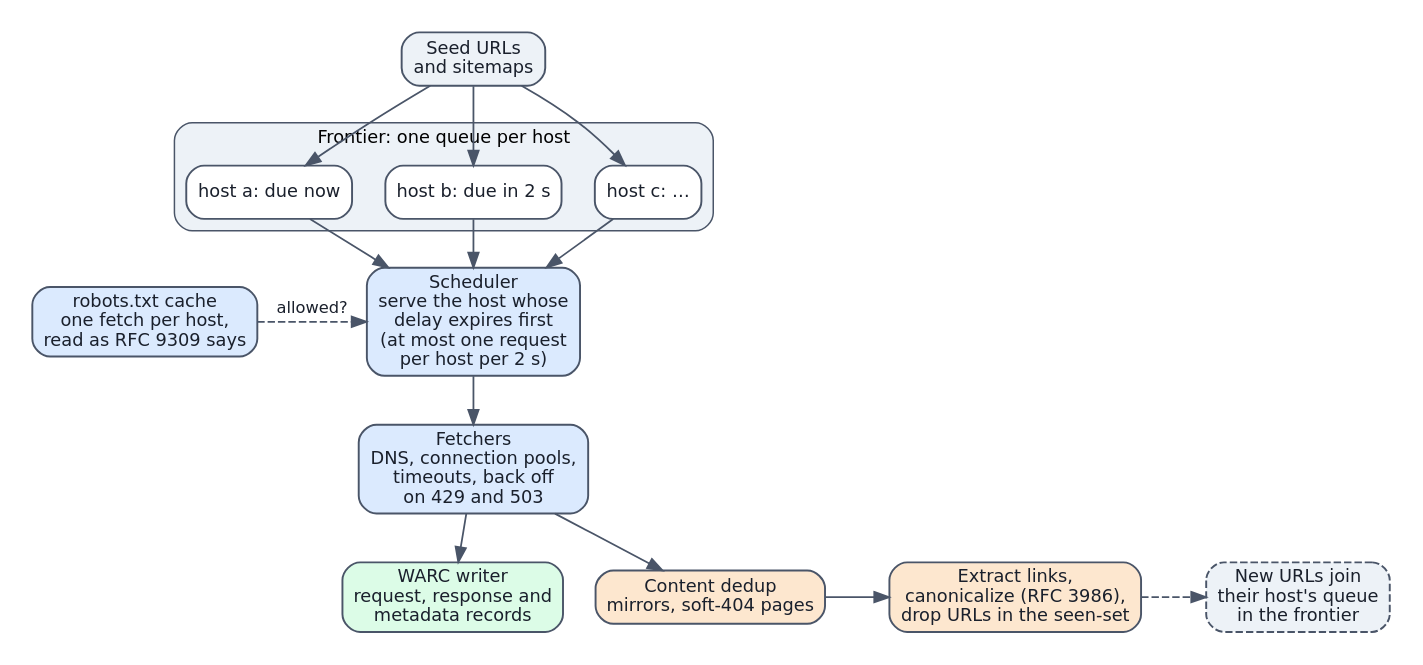
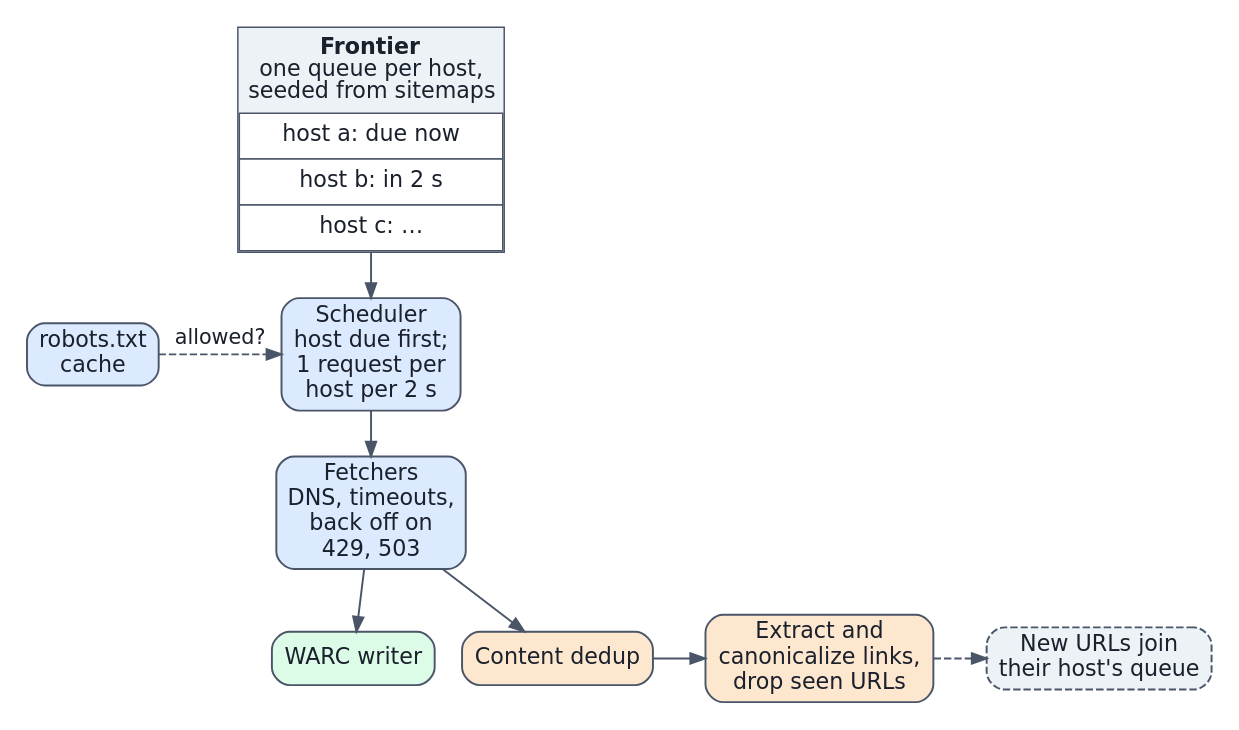
One commit to Beaker12/llmatlas changed the diagram in chapters/03-data-acquisition/figures/crawler-architecture.dot. Above: the diagram before and after it, drawn with Graphviz. The commit also changed 24 other files, not shown here.

Commit message:
Chapter 3 figures: topic names instead of section numbers, Other segment in the mixtures, stock band across the full width, larger text in the snapshot and crawler schematics, real minus signs in the epochs legend

```diff
--- a/chapters/03-data-acquisition/figures/crawler-architecture.dot
+++ b/chapters/03-data-acquisition/figures/crawler-architecture.dot
@@ -1,23 +1,19 @@
 digraph crawler_architecture {
-  graph [fontname="DejaVu Sans", fontsize=13, nodesep=0.3, ranksep=0.45, pad=0.2];
-  node [fontname="DejaVu Sans", fontsize=12, fontcolor="#1a202c", shape=box, style="rounded,filled", fillcolor="#ffffff", color="#4a5568", penwidth=1.3]; edge [fontname="DejaVu Sans", fontsize=11, fontcolor="#1a202c", color="#4a5568", penwidth=1.2];
-  seeds [label="Seed URLs\nand sitemaps", fillcolor="#edf2f7"];
-  subgraph cluster_frontier { label="Frontier: one queue per host"; style="rounded,filled"; fillcolor="#edf2f7"; color="#4a5568"; fontsize=12;
-    qa [label="host a: due now"]; qb [label="host b: due in 2 s"]; qc [label="host c: …"];
-  }
-  sched [label="Scheduler\nserve the host whose\ndelay expires first\n(at most one request\nper host per 2 s)", fillcolor="#dbeafe"];
-  robots [label="robots.txt cache\none fetch per host,\nread as RFC 9309 says", fillcolor="#dbeafe"];
-  fetchers [label="Fetchers\nDNS, connection pools,\ntimeouts, back off\non 429 and 503", fillcolor="#dbeafe"];
-  warc [label="WARC writer\nrequest, response and\nmetadata records", fillcolor="#dcfce7"];
-  dedup [label="Content dedup\nmirrors, soft-404 pages", fillcolor="#fde7cf"];
-  links [label="Extract links,\ncanonicalize (RFC 3986),\ndrop URLs in the seen-set", fillcolor="#fde7cf"];
-  seeds -> qa; seeds -> qb; seeds -> qc;
-  qa -> sched; qb -> sched; qc -> sched;
+  graph [fontname="DejaVu Sans", fontsize=15, nodesep=0.25, ranksep=0.4, pad=0.15];
+  node [fontname="DejaVu Sans", fontsize=15, fontcolor="#1a202c", shape=box, style="rounded,filled", fillcolor="#ffffff", color="#4a5568", penwidth=1.3]; edge [fontname="DejaVu Sans", fontsize=14, fontcolor="#1a202c", color="#4a5568", penwidth=1.3];
+  frontier [shape=plain, style="", label=<<TABLE BORDER="1" CELLBORDER="1" CELLSPACING="0" CELLPADDING="6" COLOR="#4a5568" BGCOLOR="#edf2f7"><TR><TD BORDER="0"><B>Frontier</B><BR/>one queue per host,<BR/>seeded from sitemaps</TD></TR><TR><TD BGCOLOR="#ffffff">host a: due now</TD></TR><TR><TD BGCOLOR="#ffffff">host b: in 2 s</TD></TR><TR><TD BGCOLOR="#ffffff">host c: …</TD></TR></TABLE>>];
+  robots [label="robots.txt\ncache", fillcolor="#dbeafe"];
+  sched [label="Scheduler\nhost due first;\n1 request per\nhost per 2 s", fillcolor="#dbeafe"];
+  fetchers [label="Fetchers\nDNS, timeouts,\nback off on\n429, 503", fillcolor="#dbeafe"];
+  warc [label="WARC writer", fillcolor="#dcfce7"];
+  dedup [label="Content dedup", fillcolor="#fde7cf"];
+  links [label="Extract and\ncanonicalize links,\ndrop seen URLs", fillcolor="#fde7cf"];
+  back [label="New URLs join\ntheir host's queue", style="rounded,filled,dashed", fillcolor="#edf2f7"];
+  frontier -> sched;
   robots -> sched [style=dashed, label=" allowed?"];
   sched -> fetchers -> warc;
   fetchers -> dedup -> links;
-  back [label="New URLs join\ntheir host's queue\nin the frontier", style="rounded,filled,dashed", fillcolor="#edf2f7"];
   links -> back [style=dashed];
   {rank=same; sched; robots}
   {rank=same; warc; dedup; links; back}
 }
```
